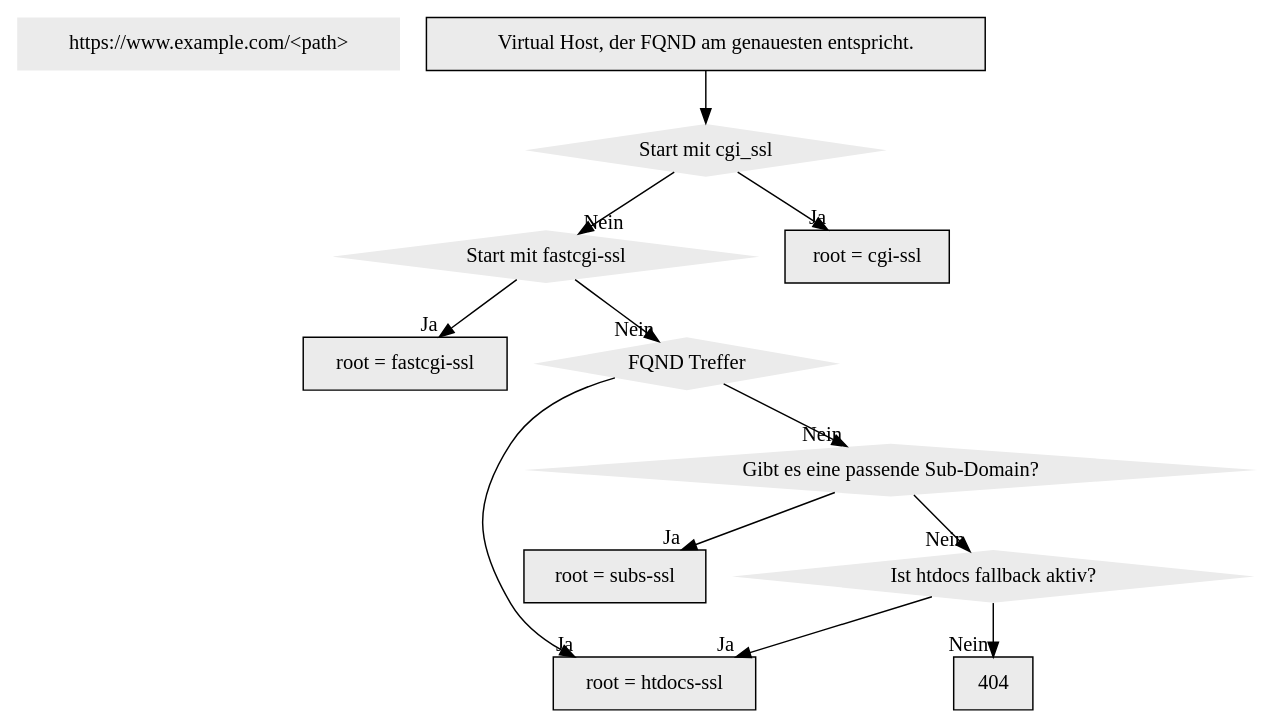
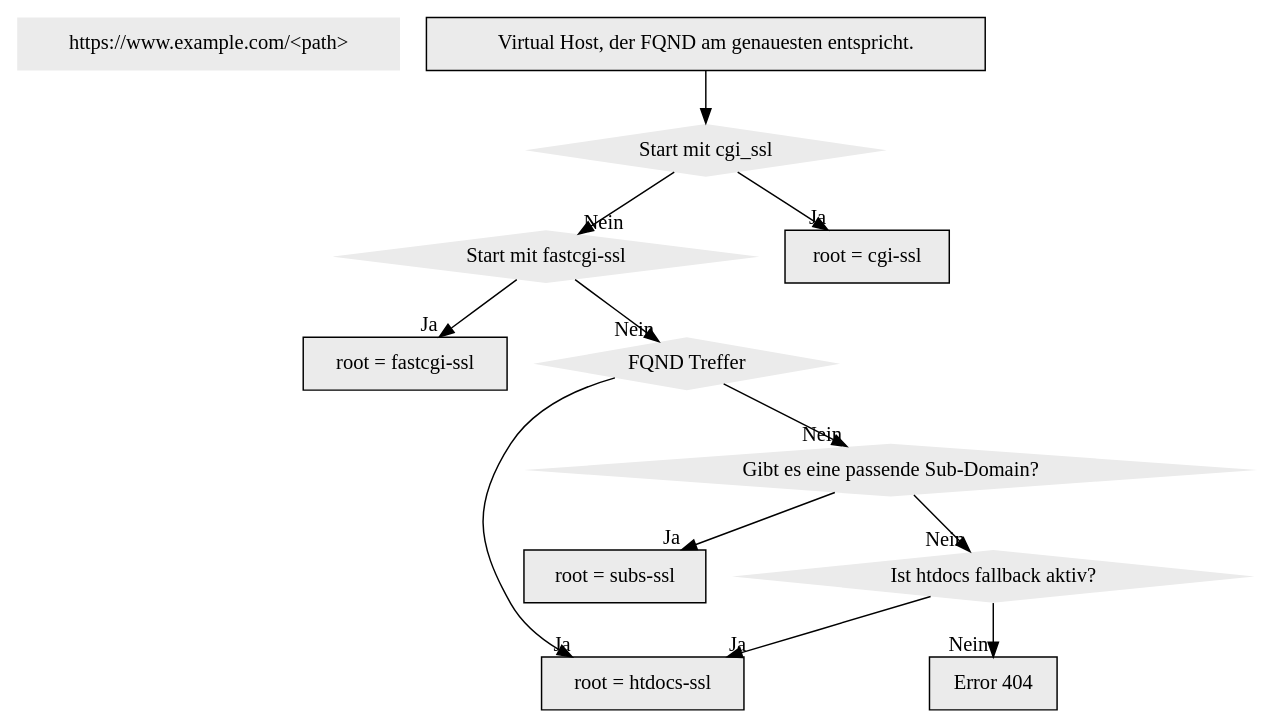
Before and after one commit to hostsharing/hs.docs.users: the diagram in source/administration/domain/filemap-mit-ssl.dot, drawn with Graphviz.

Commit message:
add word ERROR

```diff
--- a/source/administration/domain/filemap-mit-ssl.dot
+++ b/source/administration/domain/filemap-mit-ssl.dot
@@ -1,30 +1,30 @@
 digraph d  { 
 	node [peripheries=0, style=filled, fillcolor="grey92", font=Helvetica, fontcolor=black]
 
 	enquire_information [shape=box, label="https://www.example.com/<path>" ]
 
 
     vh_check_fqdn [shape=record, label="Virtual Host, der FQND am genauesten entspricht."]
 	path_cgi_bin [shape=diamond, label="Start mit cgi_ssl"]
 	path_fastcgi [shape=diamond, label="Start mit fastcgi-ssl"]
 	root_cgi_bin [shape=record, label="root = cgi-ssl"]
 	root_fastcgi [shape=record, label="root = fastcgi-ssl"]
 	fqdn_matches [shape=diamond, label="FQND Treffer"]
 	root_htdocs_ok [shape=record, label="root = htdocs-ssl"]
 	root_search_in_subs [shape=diamond, label="Gibt es eine passende Sub-Domain?"]
     root_subs_ok [shape=record, label="root = subs-ssl"]
 	htdocsfallback_subs [shape=diamond, label="Ist htdocs fallback aktiv?" ]
-	404 [shape=record, label="404"] 
+	404 [shape=record, label="Error 404"] 
         
 	vh_check_fqdn -> path_cgi_bin 
 	path_cgi_bin -> root_cgi_bin [headlabel="Ja"]
     path_cgi_bin -> path_fastcgi [headlabel="Nein"]   
 	path_fastcgi -> root_fastcgi [headlabel="Ja"]
 	path_fastcgi -> fqdn_matches [headlabel="Nein"] 
 	fqdn_matches -> root_htdocs_ok [headlabel="Ja"]
 	fqdn_matches -> root_search_in_subs [headlabel="Nein"]
 	root_search_in_subs -> root_subs_ok [headlabel="Ja"]
 	root_search_in_subs -> htdocsfallback_subs [headlabel="Nein"]
 	htdocsfallback_subs -> root_htdocs_ok [headlabel="Ja"]
 	htdocsfallback_subs -> 404 [headlabel="Nein"]
 }
```
